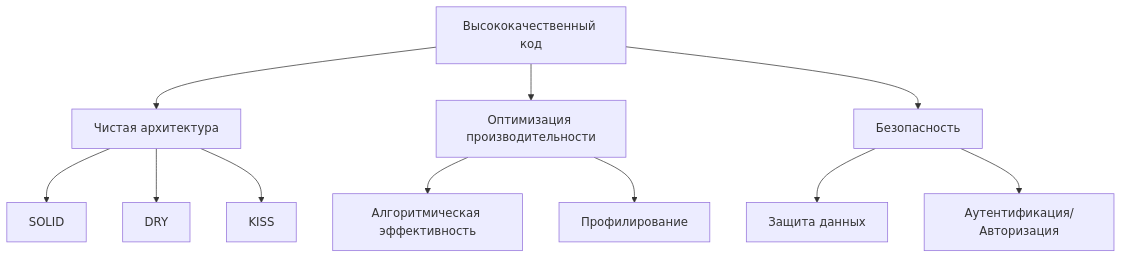
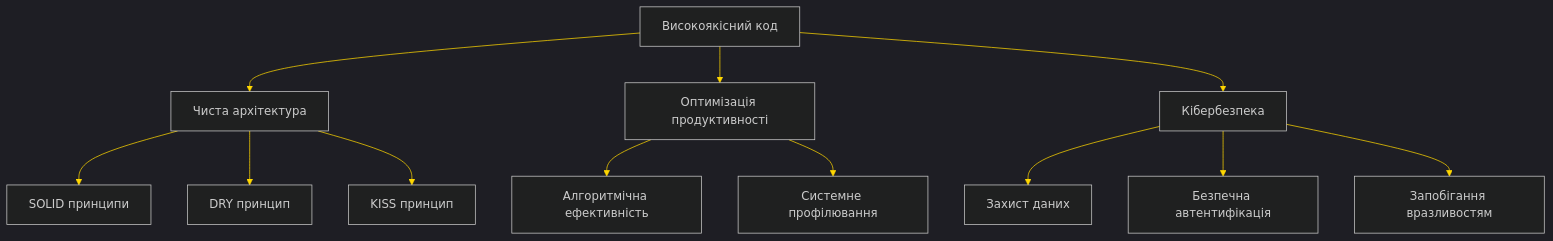
Before and after one commit to YALOKGARua/YALOKGARua: the diagram in README.md, drawn with Mermaid. The commit also changed other lines of this file, not shown here.

````diff
--- a/README.md
+++ b/README.md
@@ -272,16 +314,18 @@
 ```mermaid
+%%{init: {'theme': 'dark', 'themeVariables': { 'primaryColor': '#0057B8', 'primaryTextColor': '#FFD700', 'primaryBorderColor': '#FFD700', 'lineColor': '#FFD700', 'secondaryColor': '#0057B8', 'tertiaryColor': '#0057B8'}}}%%
 graph TD
-    A[Высококачественный код] --> B[Чистая архитектура]
-    A --> C[Оптимизация производительности]
-    A --> D[Безопасность]
+    A[Високоякісний код] --> B[Чиста архітектура]
+    A --> C[Оптимізація продуктивності]
+    A --> D[Кібербезпека]
     
-    B --> E[SOLID]
-    B --> F[DRY]
-    B --> G[KISS]
+    B --> E[SOLID принципи]
+    B --> F[DRY принцип]
+    B --> G[KISS принцип]
     
-    C --> H[Алгоритмическая эффективность]
-    C --> I[Профилирование]
+    C --> H[Алгоритмічна ефективність]
+    C --> I[Системне профілювання]
     
-    D --> J[Защита данных]
-    D --> K[Аутентификация/Авторизация]
+    D --> J[Захист даних]
+    D --> K[Безпечна автентифікація]
+    D --> L[Запобігання вразливостям]
 ```
````
